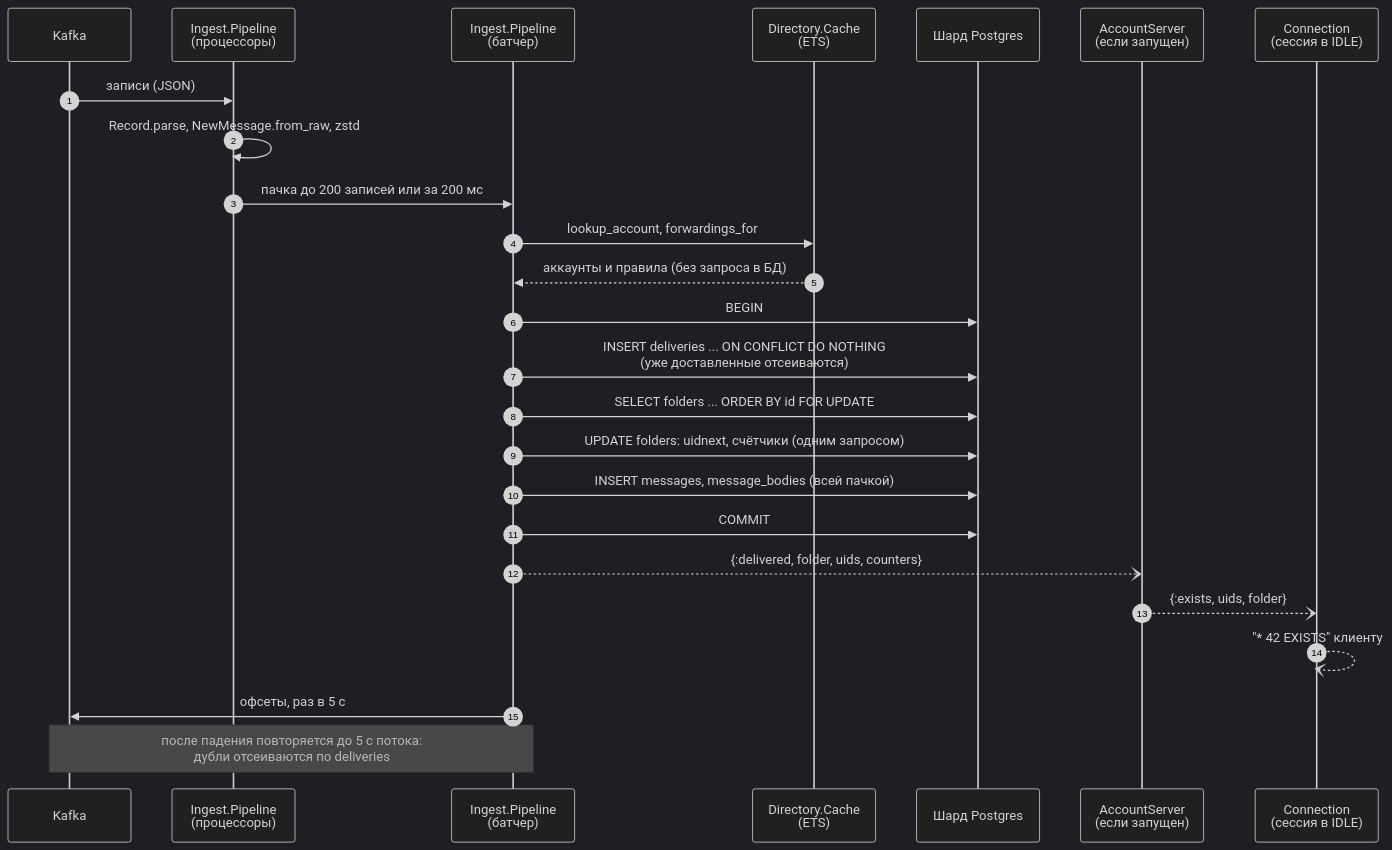
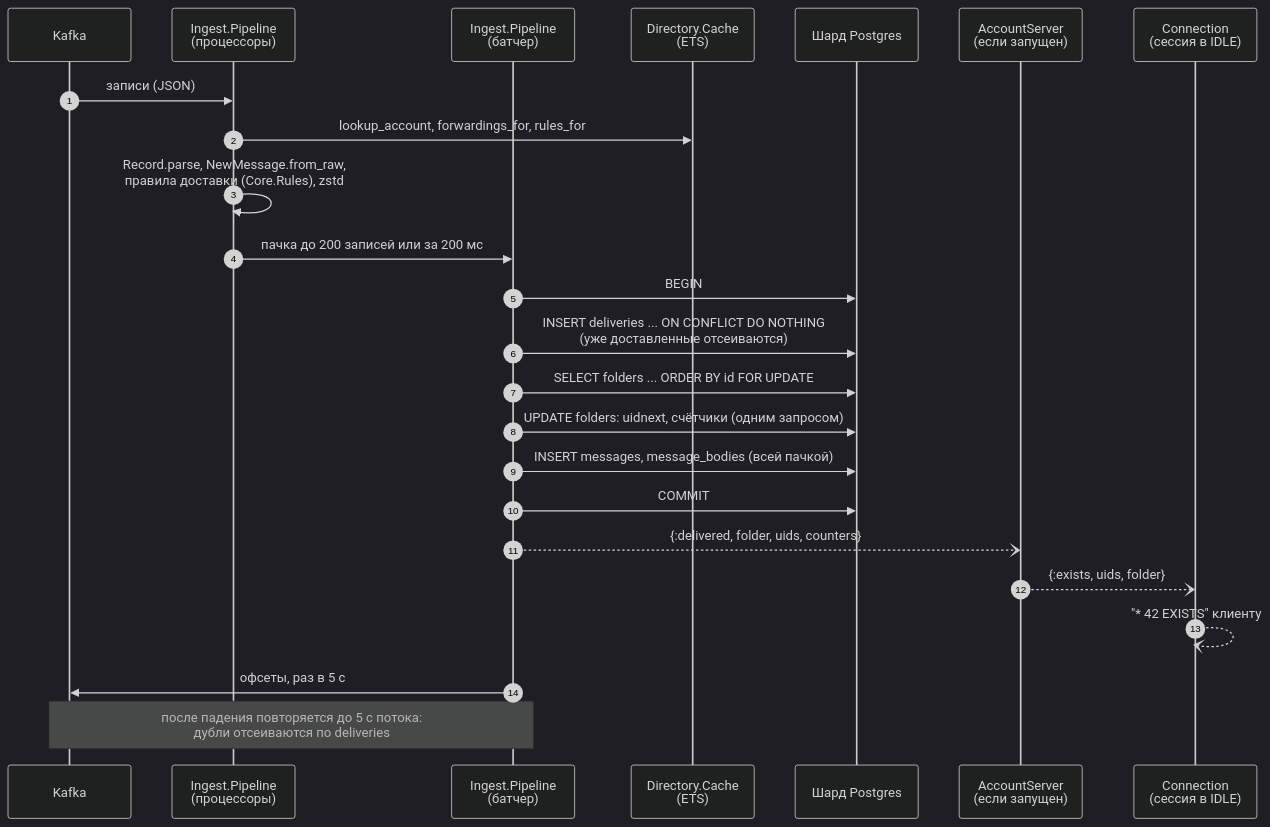
Before and after one commit to ichi404gh/mailstore: the fourth of 7 diagrams in docs/architecture.md, drawn with Mermaid (dark theme). The commit also changed other lines of this file and 19 other files, not shown here.

````diff
--- a/docs/architecture.md
+++ b/docs/architecture.md
@@ -137,28 +137,27 @@
 ```mermaid
 sequenceDiagram
   autonumber
   participant K as Kafka
   participant P as Ingest.Pipeline<br/>(процессоры)
   participant B as Ingest.Pipeline<br/>(батчер)
   participant DC as Directory.Cache<br/>(ETS)
   participant PG as Шард Postgres
   participant A as AccountServer<br/>(если запущен)
   participant C as Connection<br/>(сессия в IDLE)
 
   K->>P: записи (JSON)
-  P->>P: Record.parse, NewMessage.from_raw, zstd
+  P->>DC: lookup_account, forwardings_for, rules_for
+  P->>P: Record.parse, NewMessage.from_raw,<br/>правила доставки (Core.Rules), zstd
   P->>B: пачка до 200 записей или за 200 мс
-  B->>DC: lookup_account, forwardings_for
-  DC-->>B: аккаунты и правила (без запроса в БД)
   B->>PG: BEGIN
   B->>PG: INSERT deliveries ... ON CONFLICT DO NOTHING<br/>(уже доставленные отсеиваются)
   B->>PG: SELECT folders ... ORDER BY id FOR UPDATE
   B->>PG: UPDATE folders: uidnext, счётчики (одним запросом)
   B->>PG: INSERT messages, message_bodies (всей пачкой)
   B->>PG: COMMIT
   B--)A: {:delivered, folder, uids, counters}
   A--)C: {:exists, uids, folder}
   C--)C: "* 42 EXISTS" клиенту
   B->>K: офсеты, раз в 5 с
   Note over B,K: после падения повторяется до 5 с потока:<br/>дубли отсеиваются по deliveries
 ```
````
